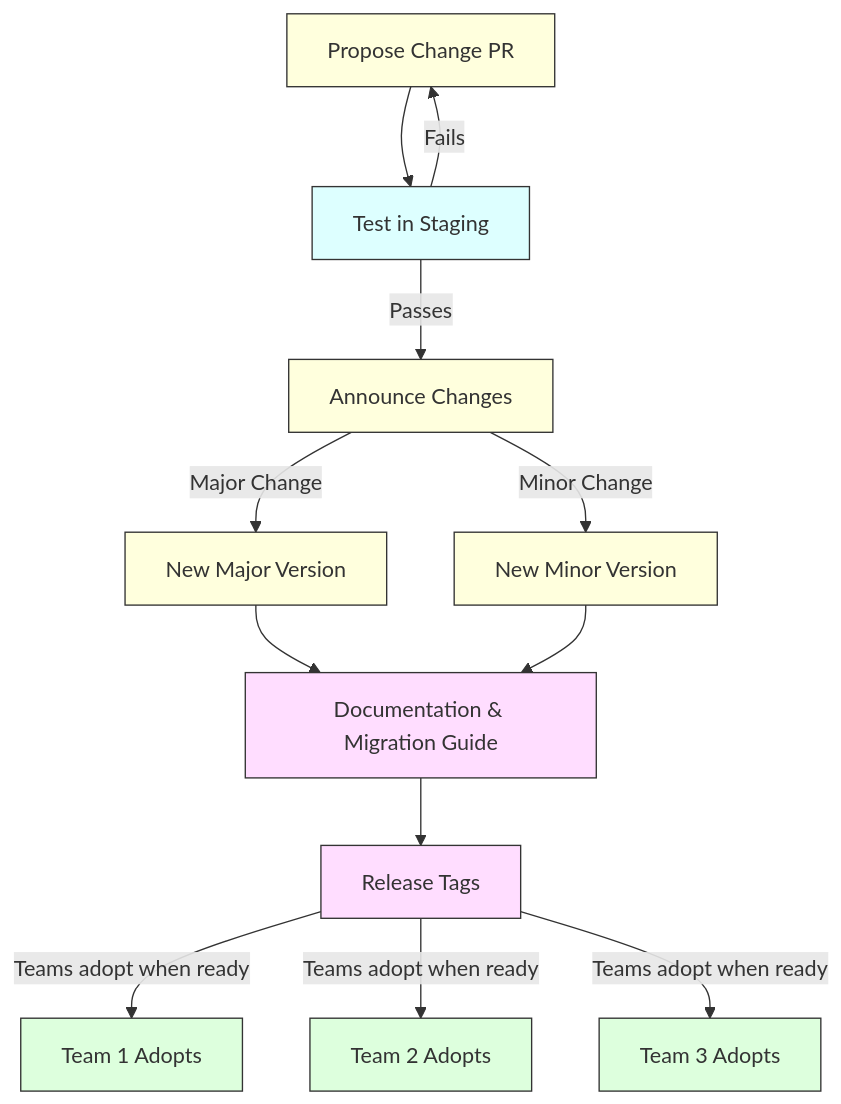
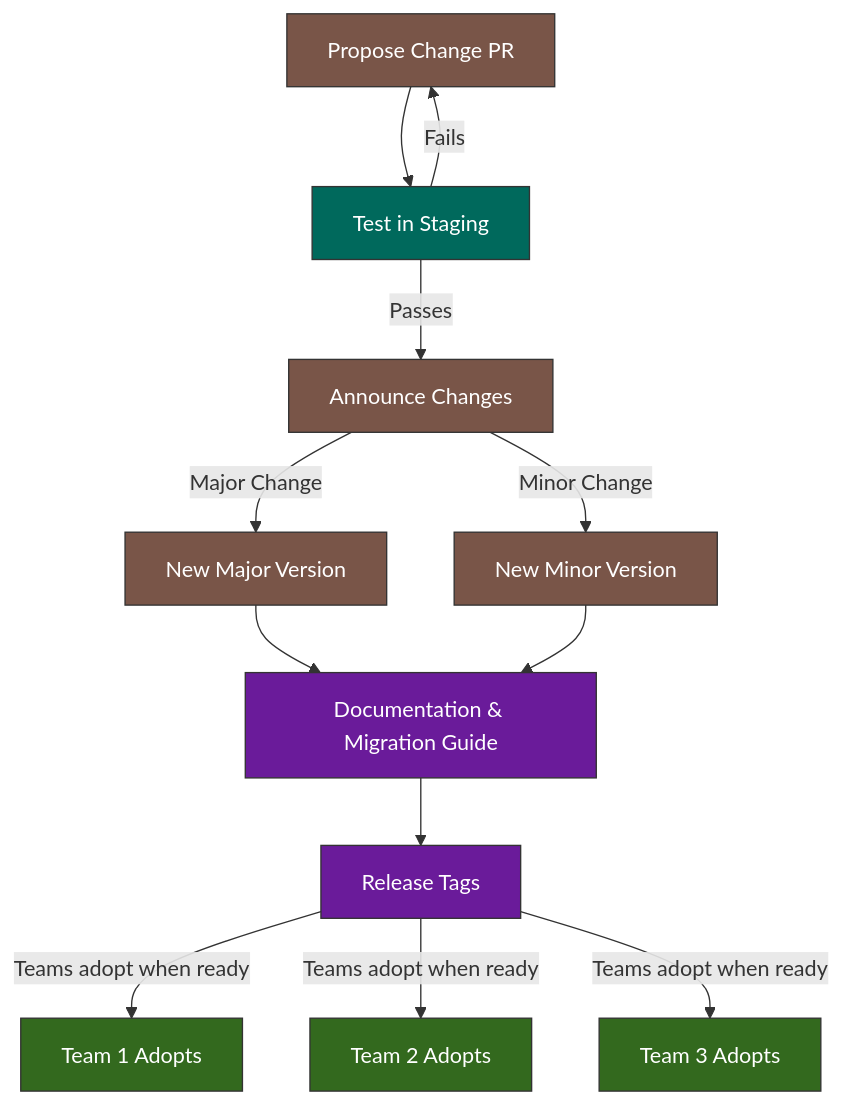
The eighth of 8 diagrams in _posts/2025-03-31-azure-iac-devops-series-central-pipelines.md (tw3lveparsecs/tw3lveparsecs.github.io), drawn with Mermaid before and after one commit. The commit also changed other lines of this file, not shown here.

````diff
--- a/_posts/2025-03-31-azure-iac-devops-series-central-pipelines.md
+++ b/_posts/2025-03-31-azure-iac-devops-series-central-pipelines.md
@@ -446,25 +457,25 @@
 ```mermaid
-flowchart TD
-    PR[Propose Change PR] --> TS[Test in Staging]
-    TS --> |"Fails"| PR
-    TS --> |"Passes"| A[Announce Changes]
-    A --> |"Major Change"| MC[New Major Version]
-    A --> |"Minor Change"| NC[New Minor Version]
+graph TD
+  PR[Propose Change PR] --> TS[Test in Staging]
+  TS --> |"Fails"| PR
+  TS --> |"Passes"| A[Announce Changes]
+  A --> |"Major Change"| MC[New Major Version]
+  A --> |"Minor Change"| NC[New Minor Version]
 
-    MC --> DM[Documentation & Migration Guide]
-    NC --> DM
+  MC --> DM[Documentation & Migration Guide]
+  NC --> DM
 
-    DM --> RT[Release Tags]
-    RT --> |"Teams adopt when ready"| T1[Team 1 Adopts]
-    RT --> |"Teams adopt when ready"| T2[Team 2 Adopts]
-    RT --> |"Teams adopt when ready"| T3[Team 3 Adopts]
+  DM --> RT[Release Tags]
+  RT --> |"Teams adopt when ready"| T1[Team 1 Adopts]
+  RT --> |"Teams adopt when ready"| T2[Team 2 Adopts]
+  RT --> |"Teams adopt when ready"| T3[Team 3 Adopts]
 
-    classDef change fill:#ffd,stroke:#333,stroke-width:1px
-    classDef test fill:#dff,stroke:#333,stroke-width:1px
-    classDef doc fill:#fdf,stroke:#333,stroke-width:1px
-    classDef teams fill:#dfd,stroke:#333,stroke-width:1px
-    class PR,A,MC,NC change
-    class TS test
-    class DM,RT doc
-    class T1,T2,T3 teams
+  classDef change fill:#795548,color:#fff,stroke:#333,stroke-width:1px
+  classDef test fill:#00695c,color:#fff,stroke:#333,stroke-width:1px
+  classDef doc fill:#6a1b9a,color:#fff,stroke:#333,stroke-width:1px
+  classDef teams fill:#33691e,color:#fff,stroke:#333,stroke-width:1px
+  class PR,A,MC,NC change
+  class TS test
+  class DM,RT doc
+  class T1,T2,T3 teams
 ```
````
